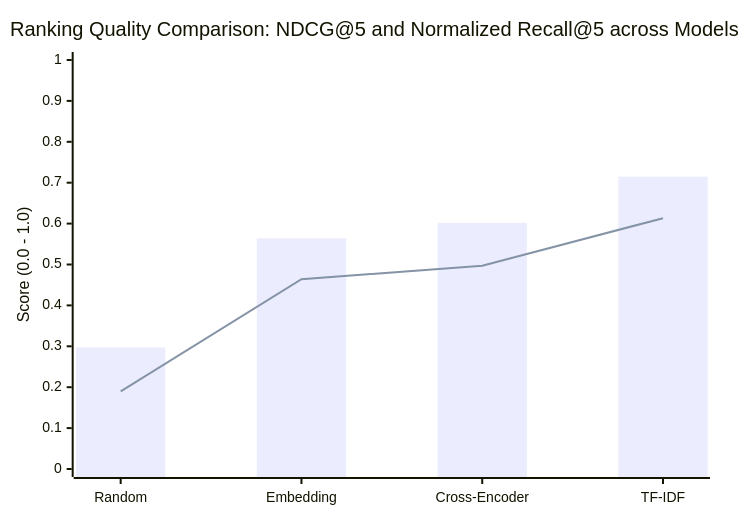
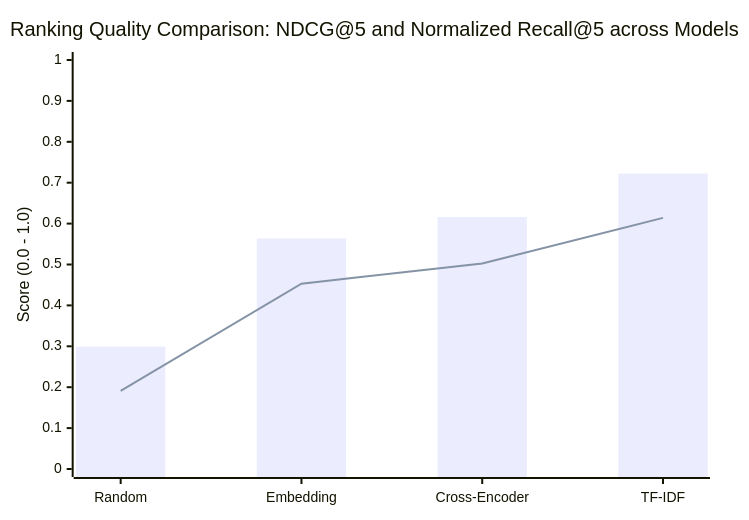
The fourth of 4 diagrams in CSIT5210_Group1_Final_Report.md (Bob8259/CSIT-5210-Group-Project), drawn with Mermaid before and after one commit. The commit also changed other lines of this file and 1 other file, not shown here.

````diff
--- a/CSIT5210_Group1_Final_Report.md
+++ b/CSIT5210_Group1_Final_Report.md
@@ -378,8 +375,8 @@
 ```mermaid
 xychart-beta
     title "Ranking Quality Comparison: NDCG@5 and Normalized Recall@5 across Models"
     x-axis ["Random", "Embedding", "Cross-Encoder", "TF-IDF"]
     y-axis "Score (0.0 - 1.0)" 0.0 --> 1.0
-    bar [0.2972, 0.5640, 0.6019, 0.7148]
-    line [0.1898, 0.4639, 0.4972, 0.6133]
+    bar [0.2993, 0.5637, 0.6162, 0.7223]
+    line [0.1911, 0.4532, 0.5024, 0.6140]
 ```
````
